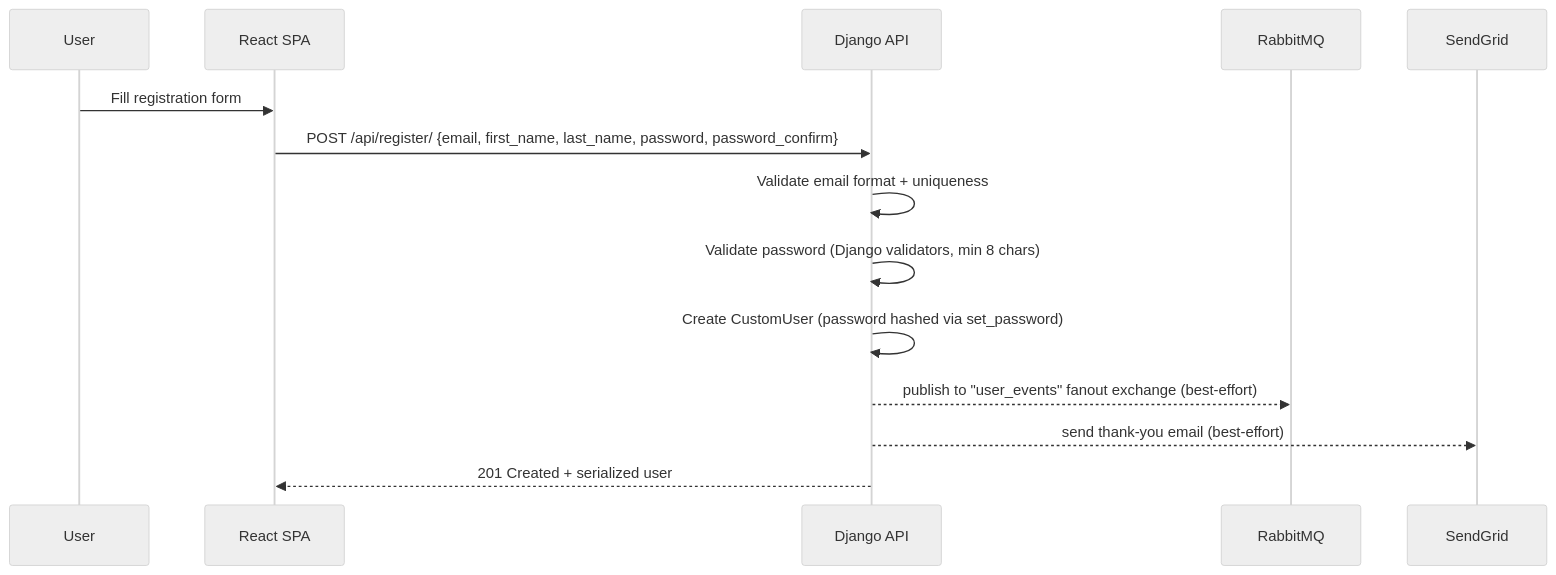
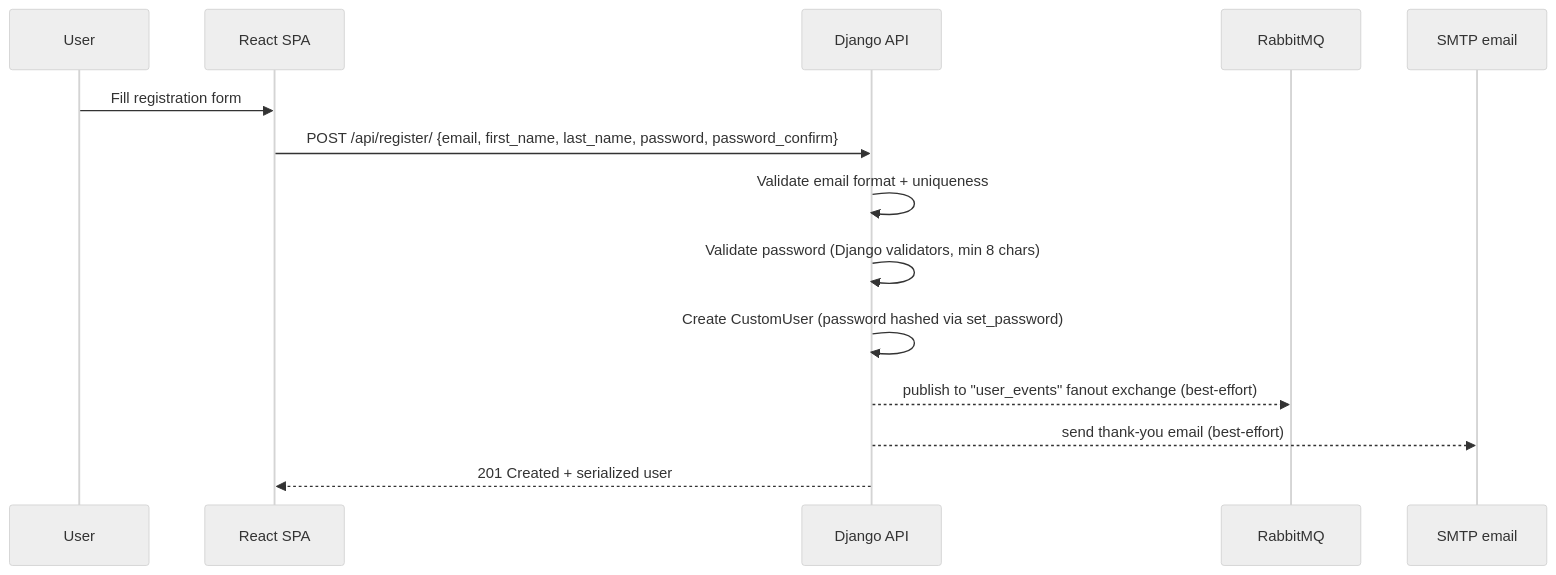
One commit to anthonynarine/django_auth changed the first of 7 diagrams in docs/AUTH_FLOWS.md. Above: the diagram before and after it, drawn with Mermaid (neutral theme). The commit also changed other lines of this file and 11 other files, not shown here.

````diff
--- a/docs/AUTH_FLOWS.md
+++ b/docs/AUTH_FLOWS.md
@@ -7,17 +7,17 @@
 ```mermaid
 sequenceDiagram
     participant U as User
     participant FE as React SPA
     participant API as Django API
     participant MQ as RabbitMQ
-    participant SG as SendGrid
+    participant SMTP as SMTP email
 
     U->>FE: Fill registration form
     FE->>API: POST /api/register/ {email, first_name, last_name, password, password_confirm}
     API->>API: Validate email format + uniqueness
     API->>API: Validate password (Django validators, min 8 chars)
     API->>API: Create CustomUser (password hashed via set_password)
     API-->>MQ: publish to "user_events" fanout exchange (best-effort)
-    API-->>SG: send thank-you email (best-effort)
+    API-->>SMTP: send thank-you email (best-effort)
     API-->>FE: 201 Created + serialized user
 ```
````
